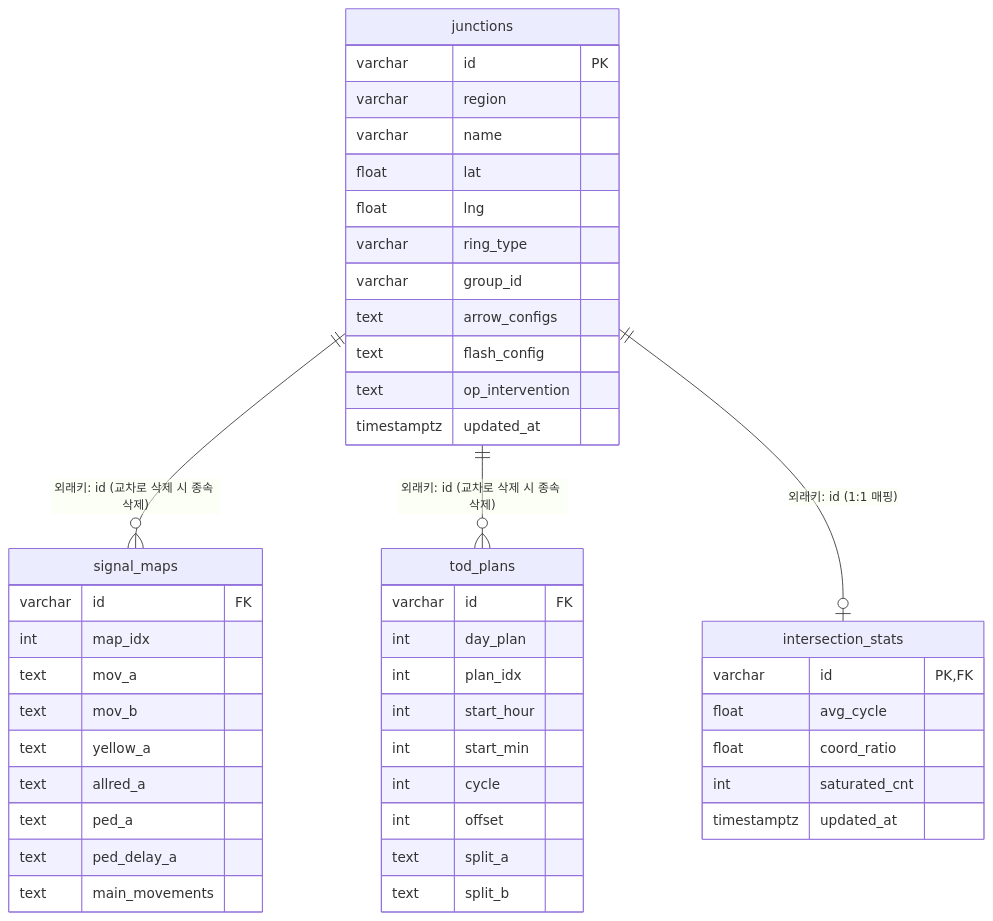
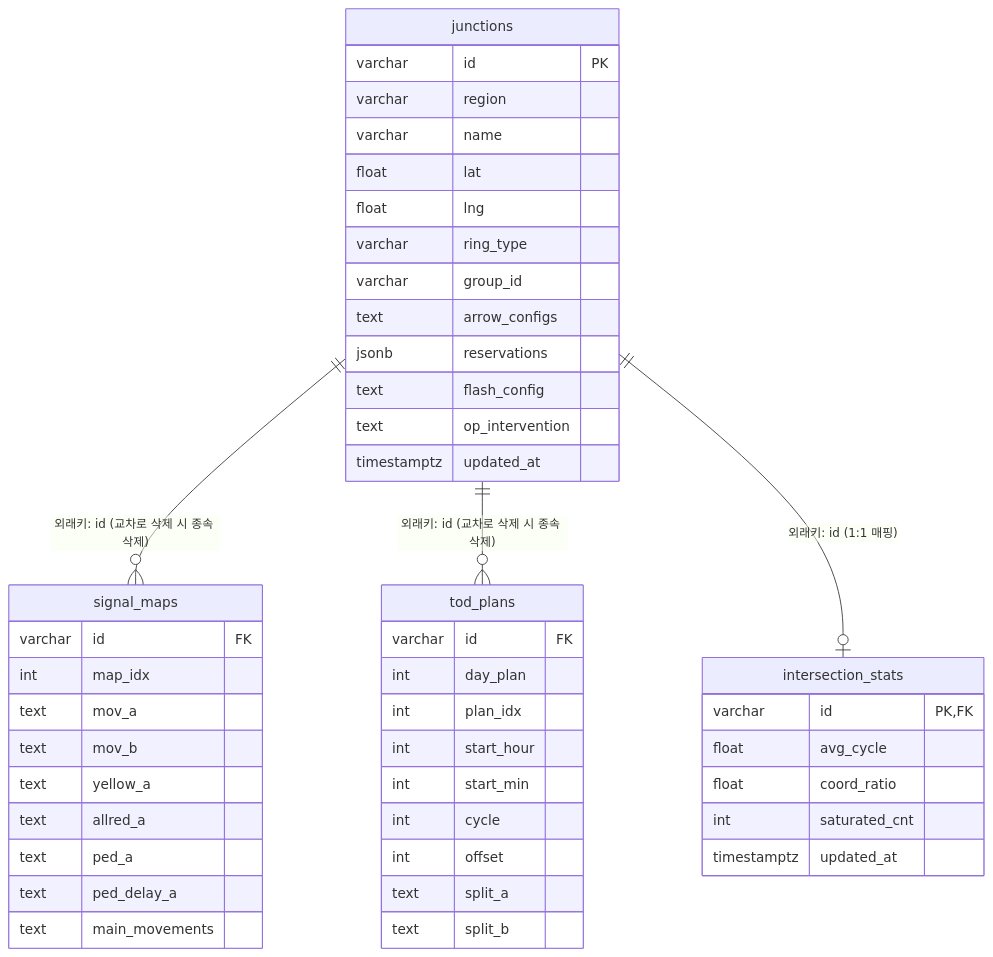
One commit to since7919/sigma-project changed the third of 5 diagrams in SIGMA_ARCHITECTURE.md. Above: the diagram before and after it, drawn with Mermaid. The commit also changed 2 other files, not shown here.

Commit message:
feat(schema): decouple reservations from arrow_configs across backend, parser and architecture

````diff
--- a/SIGMA_ARCHITECTURE.md
+++ b/SIGMA_ARCHITECTURE.md
@@ -135,49 +135,50 @@
 ```mermaid
 erDiagram
     junctions ||--o{ signal_maps : "외래키: id (교차로 삭제 시 종속 삭제)"
     junctions ||--o{ tod_plans : "외래키: id (교차로 삭제 시 종속 삭제)"
     junctions ||--o| intersection_stats : "외래키: id (1:1 매핑)"
 
     junctions {
         varchar id PK
         varchar region
         varchar name
         float lat
         float lng
         varchar ring_type
         varchar group_id
         text arrow_configs
+        jsonb reservations
         text flash_config
         text op_intervention
         timestamptz updated_at
     }
     signal_maps {
         varchar id FK
         int map_idx
         text mov_a
         text mov_b
         text yellow_a
         text allred_a
         text ped_a
         text ped_delay_a
         text main_movements
     }
     tod_plans {
         varchar id FK
         int day_plan
         int plan_idx
         int start_hour
         int start_min
         int cycle
         int offset
         text split_a
         text split_b
     }
     intersection_stats {
         varchar id PK,FK
         float avg_cycle
         float coord_ratio
         int saturated_cnt
         timestamptz updated_at
     }
 ```
````
